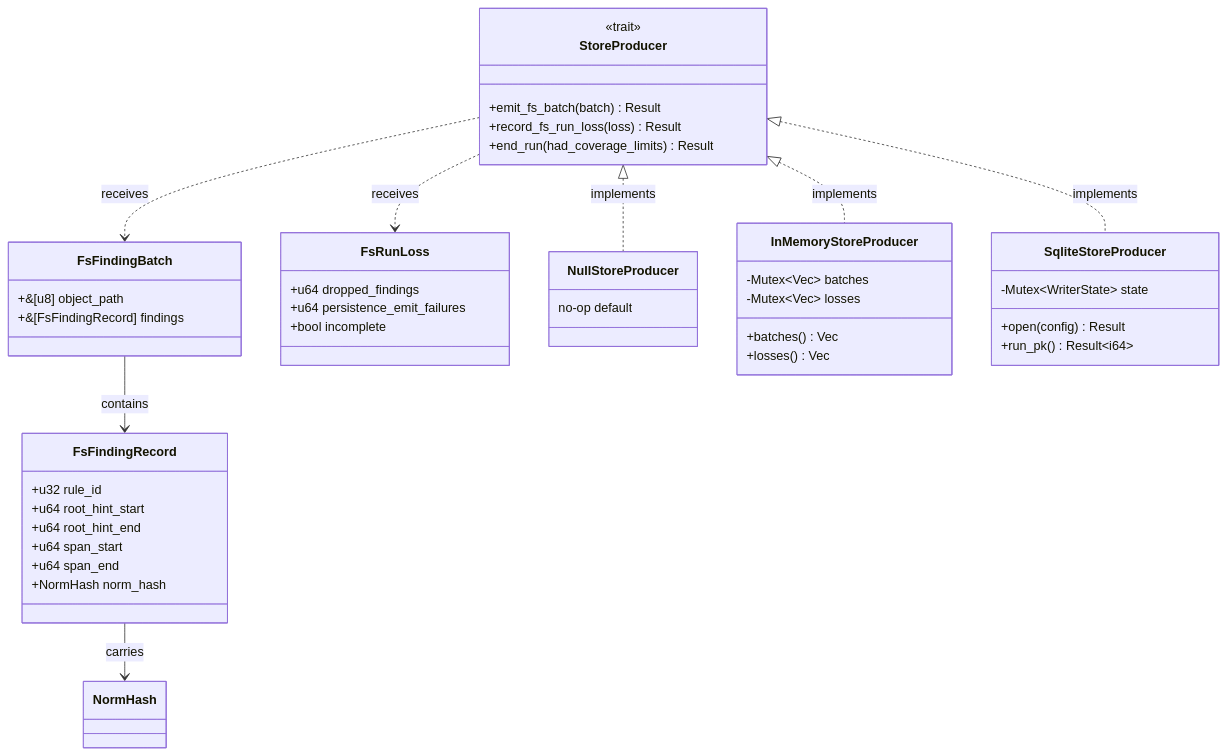
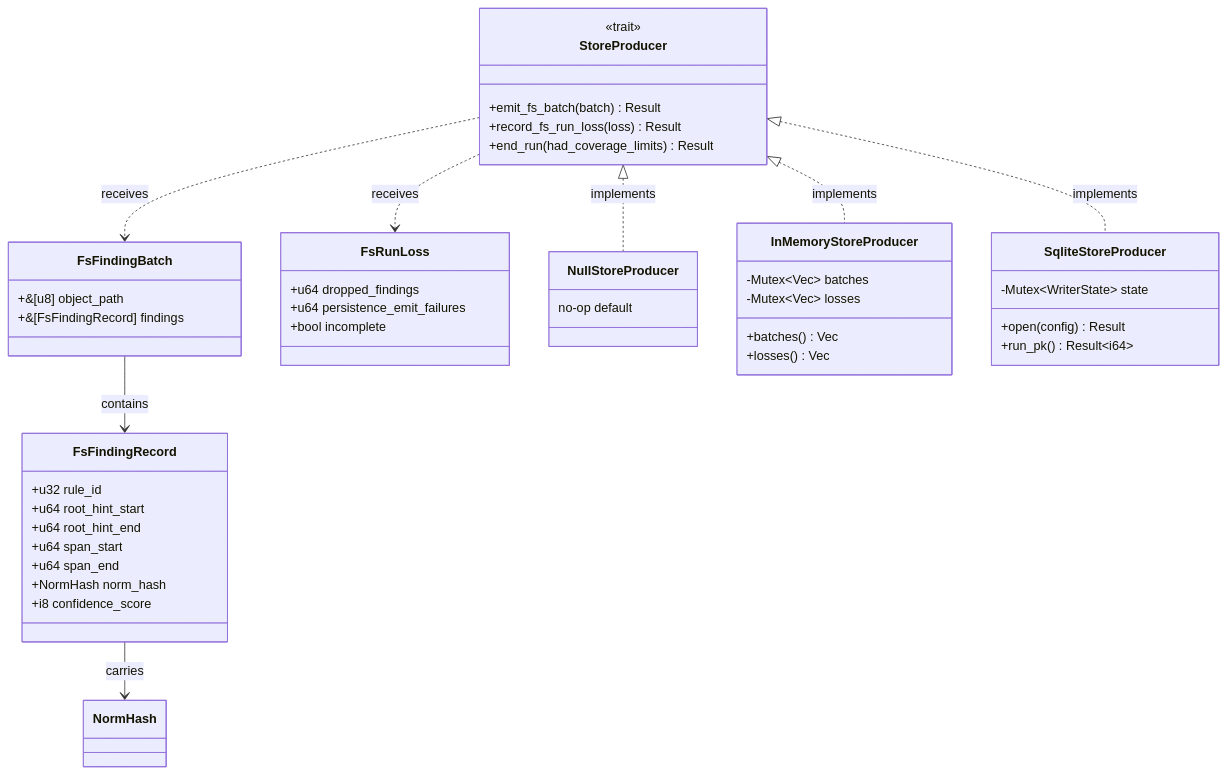
One commit to ahrav/scratch-scanner-rs changed the fifth of 6 diagrams in docs/data-types.md. Above: the diagram before and after it, drawn with Mermaid. The commit also changed other lines of this file and 30 other files, not shown here.

First line of the commit message:
Wire confidence_score through full persistence pipeline

````diff
--- a/docs/data-types.md
+++ b/docs/data-types.md
@@ -453,56 +453,57 @@
 ```mermaid
 classDiagram
     direction TB
 
     class FsFindingRecord {
         +u32 rule_id
         +u64 root_hint_start
         +u64 root_hint_end
         +u64 span_start
         +u64 span_end
         +NormHash norm_hash
+        +i8 confidence_score
     }
 
     class FsFindingBatch {
         +&[u8] object_path
         +&[FsFindingRecord] findings
     }
 
     class FsRunLoss {
         +u64 dropped_findings
         +u64 persistence_emit_failures
         +bool incomplete
     }
 
     class StoreProducer {
         <<trait>>
         +emit_fs_batch(batch) Result
         +record_fs_run_loss(loss) Result
         +end_run(had_coverage_limits) Result
     }
 
     class NullStoreProducer {
         no-op default
     }
 
     class InMemoryStoreProducer {
         -Mutex~Vec~ batches
         -Mutex~Vec~ losses
         +batches() Vec
         +losses() Vec
     }
 
     class SqliteStoreProducer {
         -Mutex~WriterState~ state
         +open(config) Result
         +run_pk() Result~i64~
     }
 
     FsFindingBatch --> FsFindingRecord : contains
     FsFindingRecord --> NormHash : carries
     StoreProducer <|.. NullStoreProducer : implements
     StoreProducer <|.. InMemoryStoreProducer : implements
     StoreProducer <|.. SqliteStoreProducer : implements
     StoreProducer ..> FsFindingBatch : receives
     StoreProducer ..> FsRunLoss : receives
 ```
````
